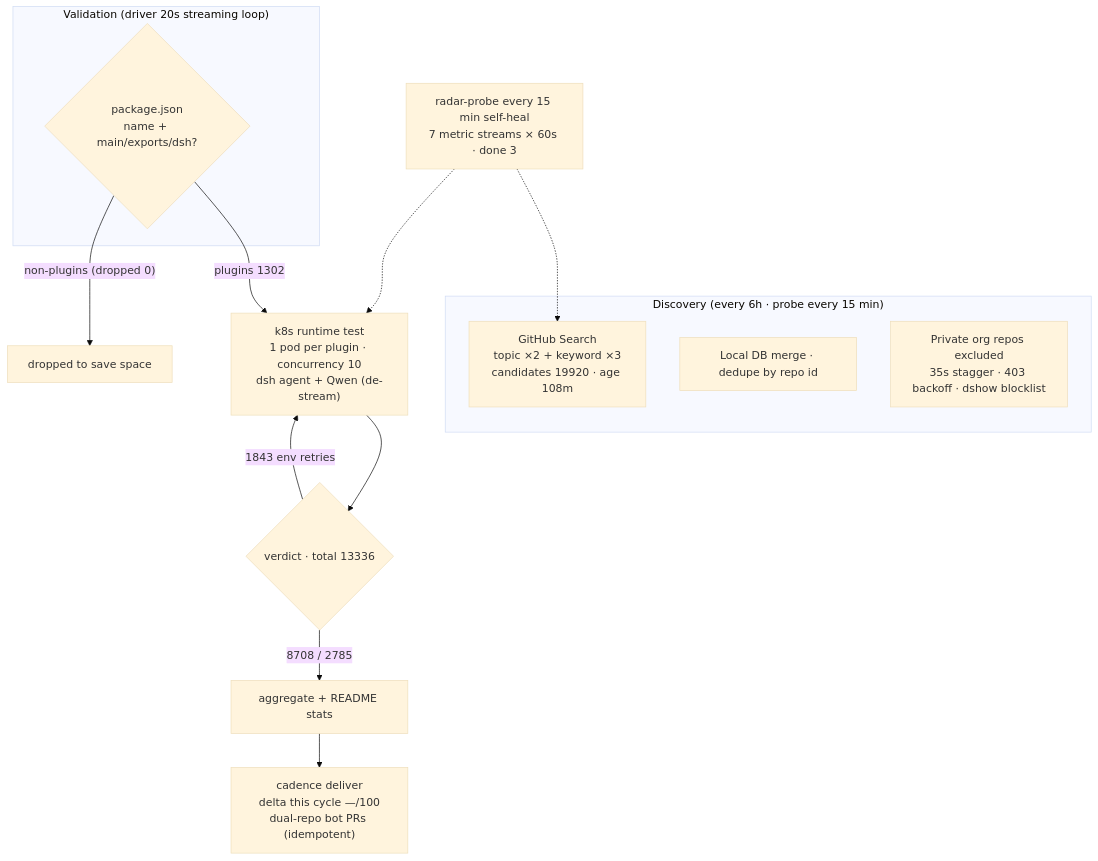
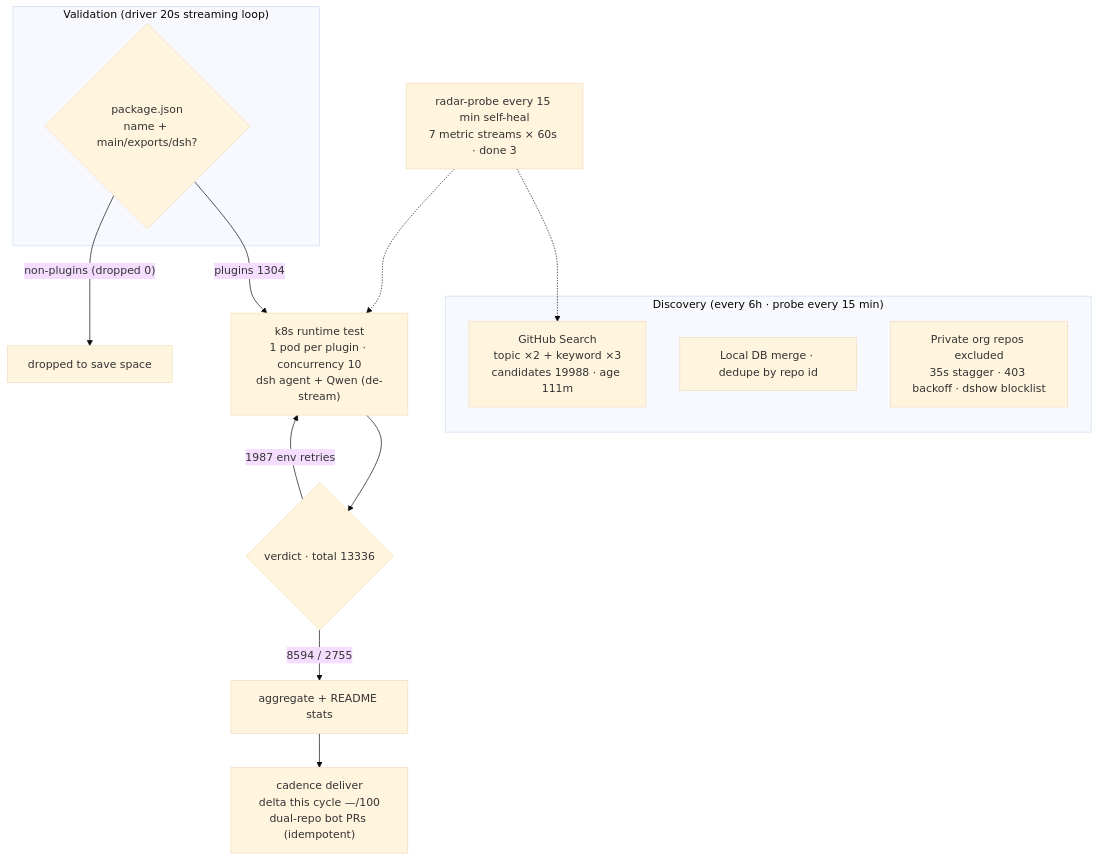
The diagram in README.en-US.md (AdamPlatin123/dsh-plugin-radar), drawn with Mermaid (base theme) before and after one commit. The commit also changed other lines of this file and 15 other files, not shown here.

````diff
--- a/README.en-US.md
+++ b/README.en-US.md
@@ -45,20 +45,20 @@
 ```mermaid
 flowchart TB
     subgraph Discovery["Discovery (every 6h · probe every 15 min)"]
-        A1["GitHub Search<br/>topic ×2 + keyword ×3<br/>candidates 19920 · age 108m"]
+        A1["GitHub Search<br/>topic ×2 + keyword ×3<br/>candidates 19988 · age 111m"]
         A2["Local DB merge · dedupe by repo id"]
         A3["Private org repos excluded<br/>35s stagger · 403 backoff · dshow blocklist"]
     end
     subgraph Validation["Validation (driver 20s streaming loop)"]
         B1{"package.json<br/>name + main/exports/dsh?"}
     end
-    B1 -->|"plugins 1302"| C1["k8s runtime test<br/>1 pod per plugin · concurrency 10<br/>dsh agent + Qwen (de-stream)"]
+    B1 -->|"plugins 1304"| C1["k8s runtime test<br/>1 pod per plugin · concurrency 10<br/>dsh agent + Qwen (de-stream)"]
     B1 -->|"non-plugins (dropped 0)"| B3["dropped to save space"]
     C1 --> D1{"verdict · total 13336"}
-    D1 -->|"8708 / 2785"| E1["aggregate + README stats"]
-    D1 -->|"1843 env retries"| C1
+    D1 -->|"8594 / 2755"| E1["aggregate + README stats"]
+    D1 -->|"1987 env retries"| C1
     E1 --> E2["cadence deliver<br/>delta this cycle —/100<br/>dual-repo bot PRs (idempotent)"]
     M["radar-probe every 15 min self-heal<br/>7 metric streams × 60s · done 3"]
     M -.-> A1
     M -.-> C1
 ```
````
